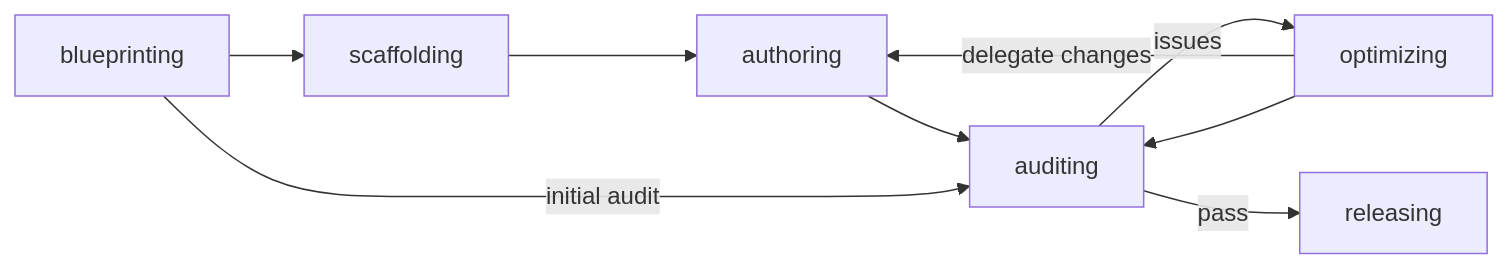
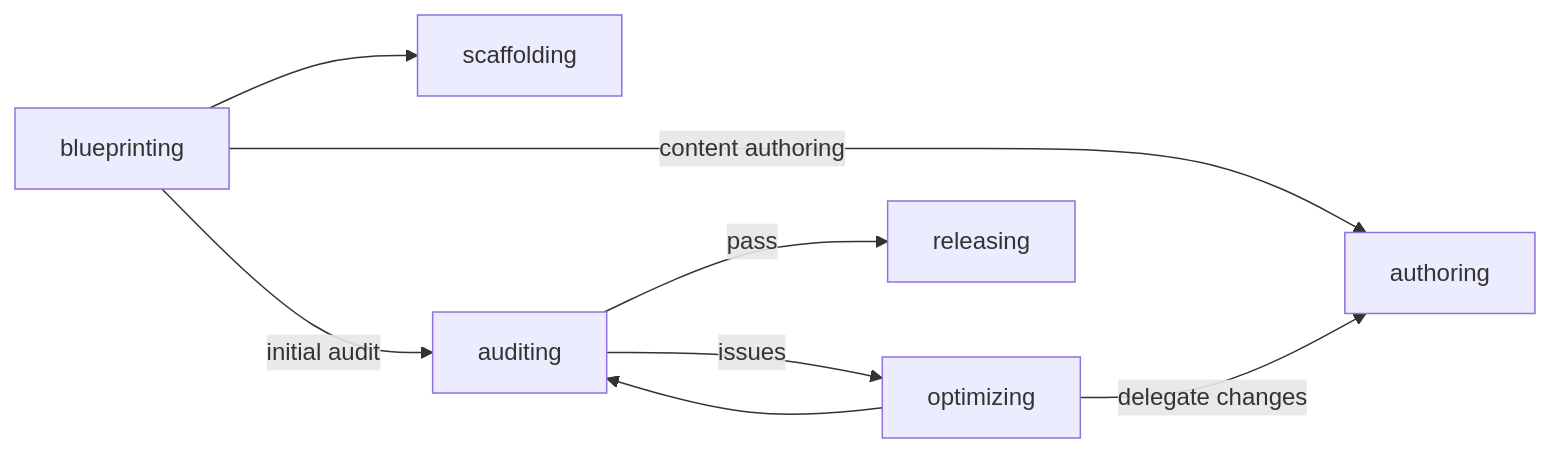
The second of 3 diagrams in README.md (OdradekAI/skill-engineering-guide), drawn with Mermaid before and after one commit. The commit also changed other lines of this file and 6 other files, not shown here.

````diff
--- a/README.md
+++ b/README.md
@@ -77,11 +77,10 @@
 ```mermaid
 flowchart LR
     Design["blueprinting"] --> Scaffold["scaffolding"]
-    Scaffold --> Write["authoring"]
-    Write --> Audit["auditing"]
-    Design -->|"initial audit"| Audit
+    Design -->|"content authoring"| Write["authoring"]
+    Design -->|"initial audit"| Audit["auditing"]
     Audit -->|issues| Optimize["optimizing"]
     Optimize -->|"delegate changes"| Write
     Optimize --> Audit
     Audit -->|pass| Release["releasing"]
 ```
````
